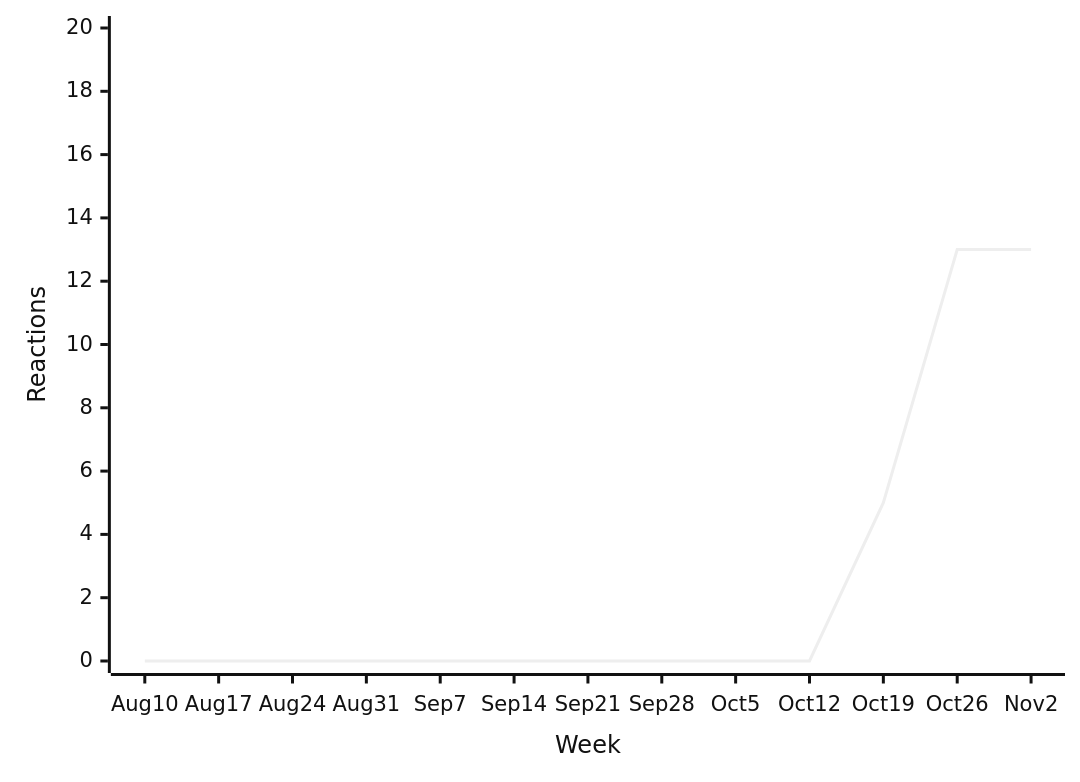
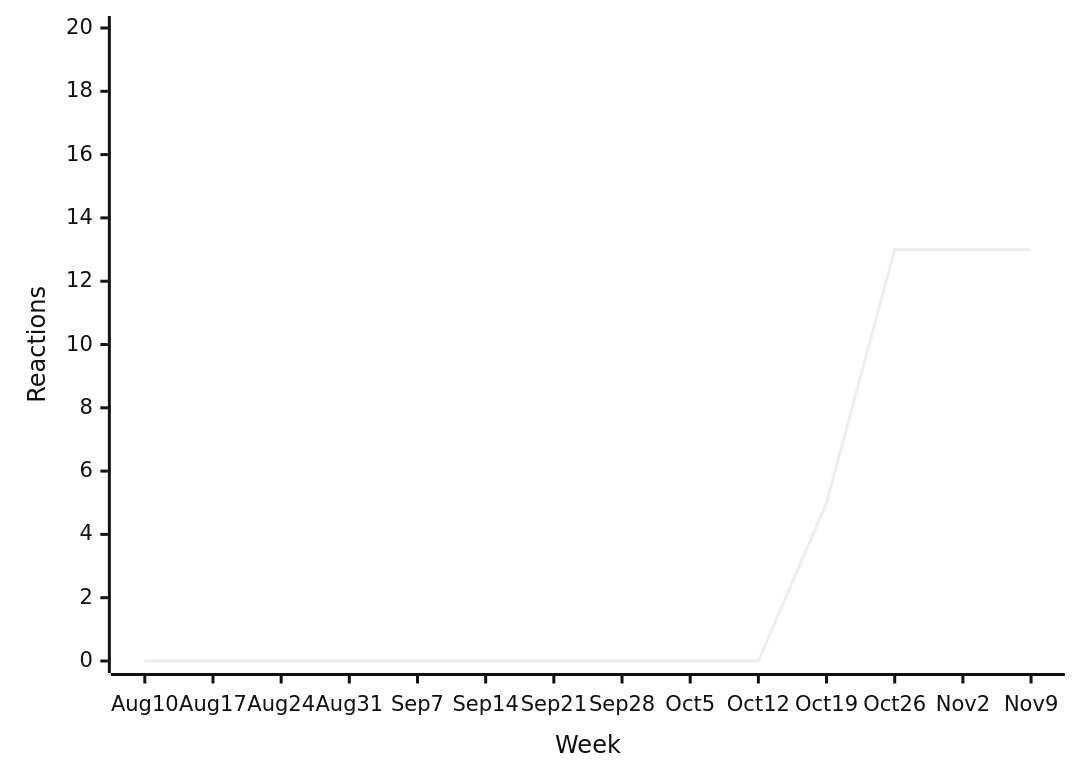
Diagram 13 of 38 in README.md (loic-sharma/github-insights), drawn with Mermaid (neutral theme) before and after one commit. The commit also changed other lines of this file and 3 other files, not shown here.

````diff
--- a/README.md
+++ b/README.md
@@ -562,6 +528,6 @@
   ```mermaid
   xychart-beta
-    x-axis "Week" [Aug 10, Aug 17, Aug 24, Aug 31, Sep 7, Sep 14, Sep 21, Sep 28, Oct 5, Oct 12, Oct 19, Oct 26, Nov 2]
+    x-axis "Week" [Aug 10, Aug 17, Aug 24, Aug 31, Sep 7, Sep 14, Sep 21, Sep 28, Oct 5, Oct 12, Oct 19, Oct 26, Nov 2, Nov 9]
     y-axis "Reactions" 0 --> 20
-    line [0, 0, 0, 0, 0, 0, 0, 0, 0, 0, 5, 13, 13]
+    line [0, 0, 0, 0, 0, 0, 0, 0, 0, 0, 5, 13, 13, 13]
   ```
````
